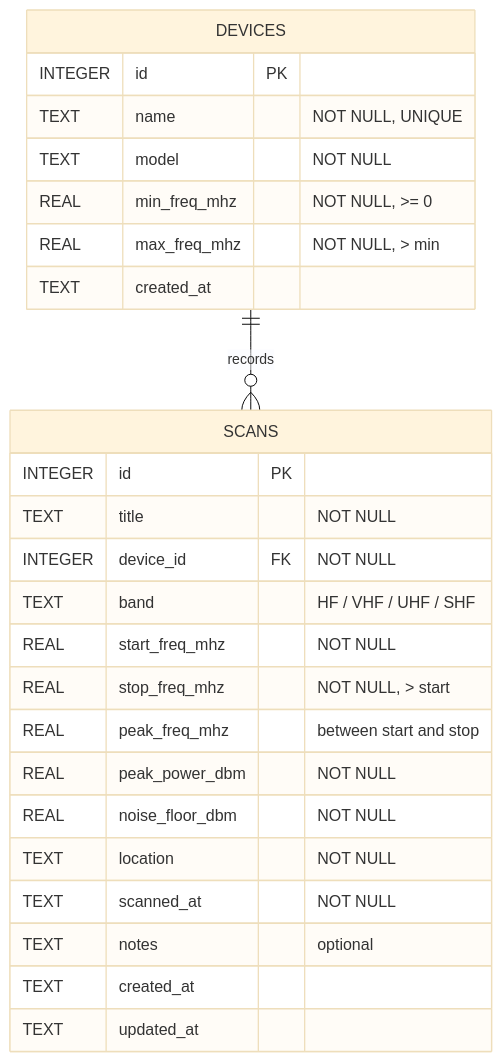
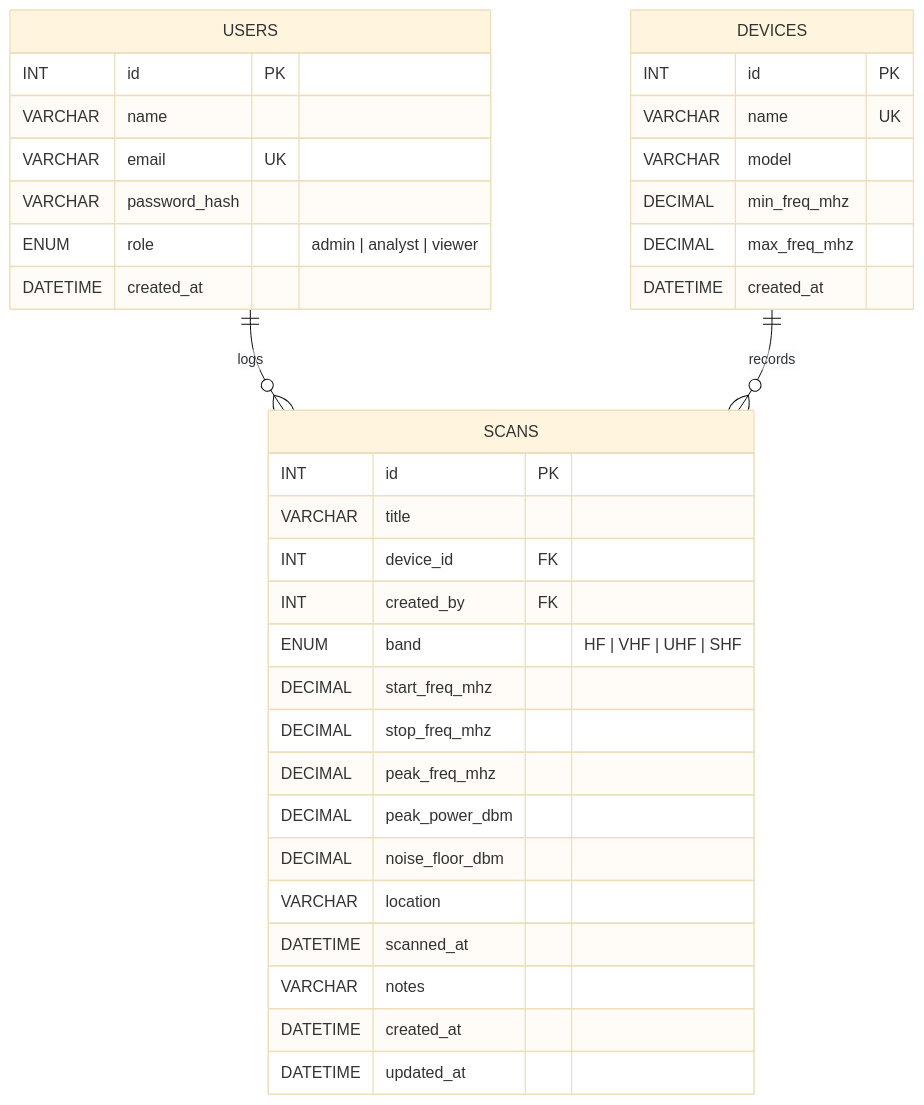
Before and after one commit to sasiruyasith/spectraweb: the diagram in README.md, drawn with Mermaid (base theme). The commit also changed other lines of this file and 16 other files, not shown here.

Commit message:
Add README with setup steps, ERD, API table and screenshots

````diff
--- a/README.md
+++ b/README.md
@@ -64,28 +145,39 @@
 ```mermaid
 erDiagram
+    USERS ||--o{ SCANS : "logs"
     DEVICES ||--o{ SCANS : "records"
+
+    USERS {
+        INT id PK
+        VARCHAR name
+        VARCHAR email UK
+        VARCHAR password_hash
+        ENUM role "admin | analyst | viewer"
+        DATETIME created_at
+    }
     DEVICES {
-        INTEGER id PK
-        TEXT name "NOT NULL, UNIQUE"
-        TEXT model "NOT NULL"
-        REAL min_freq_mhz "NOT NULL, >= 0"
-        REAL max_freq_mhz "NOT NULL, > min"
-        TEXT created_at
+        INT id PK
+        VARCHAR name UK
+        VARCHAR model
+        DECIMAL min_freq_mhz
+        DECIMAL max_freq_mhz
+        DATETIME created_at
     }
     SCANS {
-        INTEGER id PK
-        TEXT title "NOT NULL"
-        INTEGER device_id FK "NOT NULL"
-        TEXT band "HF / VHF / UHF / SHF"
-        REAL start_freq_mhz "NOT NULL"
-        REAL stop_freq_mhz "NOT NULL, > start"
-        REAL peak_freq_mhz "between start and stop"
-        REAL peak_power_dbm "NOT NULL"
-        REAL noise_floor_dbm "NOT NULL"
-        TEXT location "NOT NULL"
-        TEXT scanned_at "NOT NULL"
-        TEXT notes "optional"
-        TEXT created_at
-        TEXT updated_at
+        INT id PK
+        VARCHAR title
+        INT device_id FK
+        INT created_by FK
+        ENUM band "HF | VHF | UHF | SHF"
+        DECIMAL start_freq_mhz
+        DECIMAL stop_freq_mhz
+        DECIMAL peak_freq_mhz
+        DECIMAL peak_power_dbm
+        DECIMAL noise_floor_dbm
+        VARCHAR location
+        DATETIME scanned_at
+        VARCHAR notes
+        DATETIME created_at
+        DATETIME updated_at
     }
 ```
````
